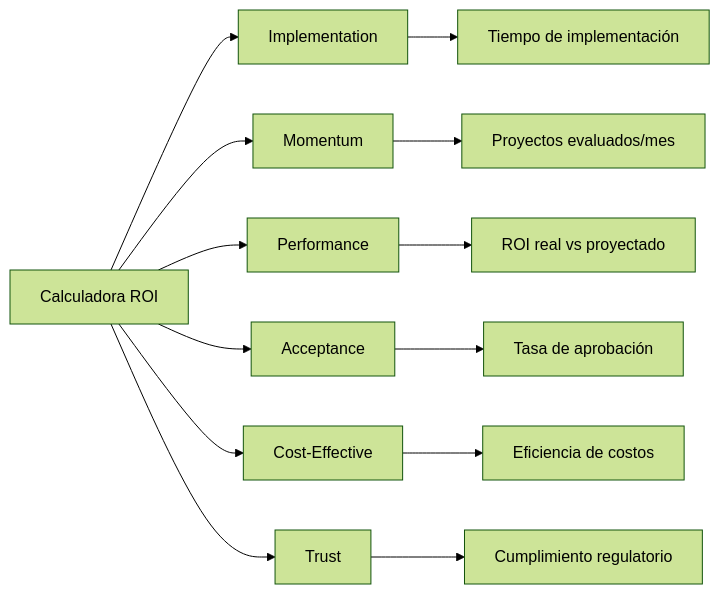
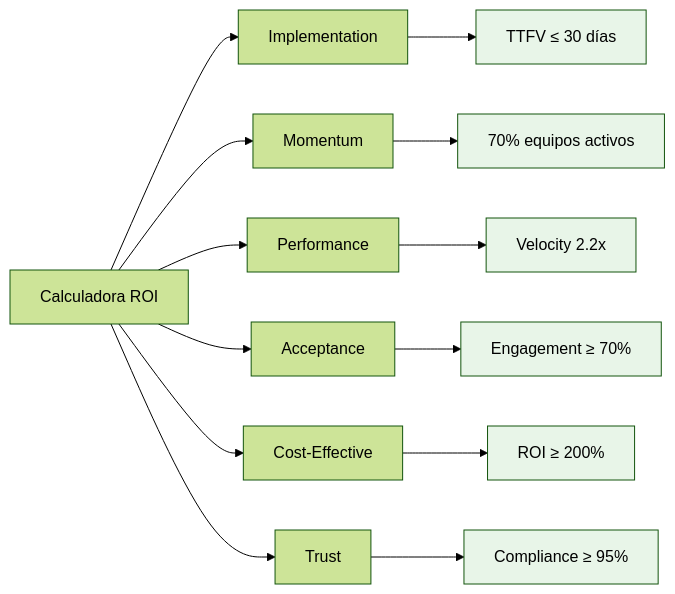
Before and after one commit to dannyawf/ai-coe: the diagram in gov-portal-full/docs/tools/roi-calculator.md, drawn with Mermaid (forest theme). The commit also changed other lines of this file and 68 other files, not shown here.

````diff
--- a/gov-portal-full/docs/tools/roi-calculator.md
+++ b/gov-portal-full/docs/tools/roi-calculator.md
@@ -694,16 +768,23 @@
 ```mermaid
 graph LR
     A[Calculadora ROI] --> B[Implementation]
     A --> C[Momentum]
     A --> D[Performance]
     A --> E[Acceptance]
     A --> F[Cost-Effective]
     A --> G[Trust]
-    
-    B --> H[Tiempo de implementación]
-    C --> I[Proyectos evaluados/mes]
-    D --> J[ROI real vs proyectado]
-    E --> K[Tasa de aprobación]
-    F --> L[Eficiencia de costos]
-    G --> M[Cumplimiento regulatorio]
+
+    B --> H[TTFV ≤ 30 días]
+    C --> I[70% equipos activos]
+    D --> J[Velocity 2.2x]
+    E --> K[Engagement ≥ 70%]
+    F --> L[ROI ≥ 200%]
+    G --> M[Compliance ≥ 95%]
+
+    style H fill:#e8f5e8
+    style I fill:#e8f5e8
+    style J fill:#e8f5e8
+    style K fill:#e8f5e8
+    style L fill:#e8f5e8
+    style M fill:#e8f5e8
 ```
````
